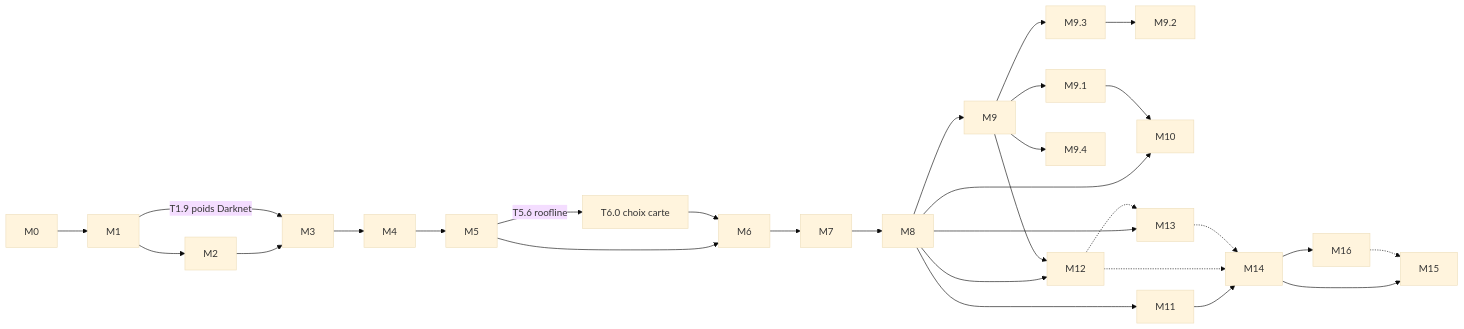
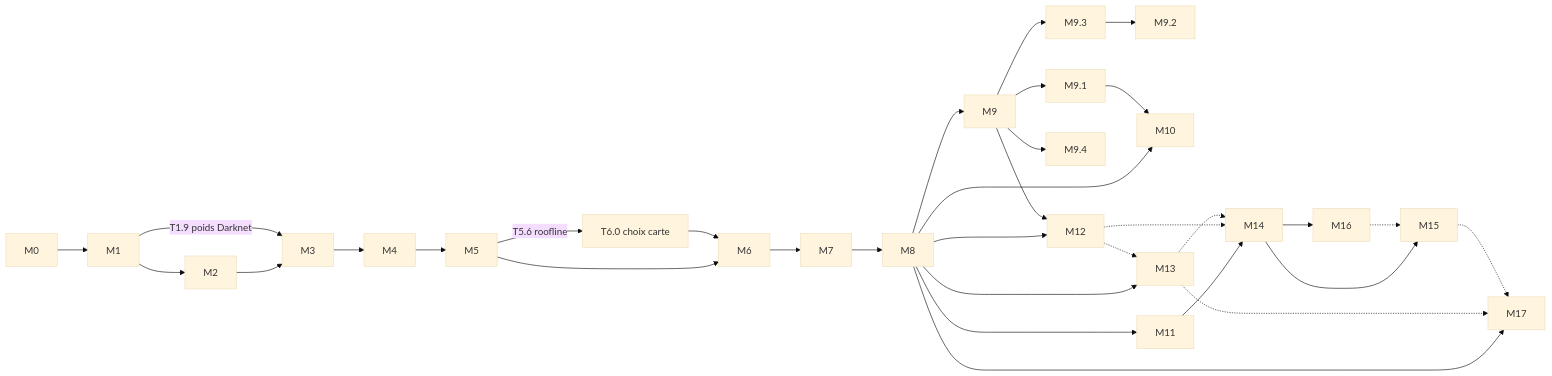
One commit to lrivals/EmbeddedComputervision changed the diagram in docs/tasks/README.md. Above: the diagram before and after it, drawn with Mermaid (base theme). The commit also changed other lines of this file and 42 other files, not shown here.

````diff
--- a/docs/tasks/README.md
+++ b/docs/tasks/README.md
@@ -37,23 +38,26 @@
 ```mermaid
 graph LR
   M0 --> M1 --> M2 --> M3
   M1 -- "T1.9 poids Darknet" --> M3
   M3 --> M4 --> M5 --> M6 --> M7 --> M8
   M5 -- "T5.6 roofline" --> T60["T6.0 choix carte"] --> M6
   M8 --> M9
   M9 --> M91[M9.1] & M93[M9.3] & M94[M9.4]
   M93 --> M92[M9.2]
   M8 --> M10[M10]
   M91 --> M10
   M8 --> M11[M11]
   M8 --> M12[M12]
   M9 --> M12
   M8 --> M13[M13]
   M12 -.-> M13
   M11 --> M14[M14]
   M12 -.-> M14
   M13 -.-> M14
   M14 --> M15[M15]
   M14 --> M16[M16]
   M16 -.-> M15
+  M8 --> M17[M17]
+  M13 -.-> M17
+  M15 -.-> M17
 ```
````
